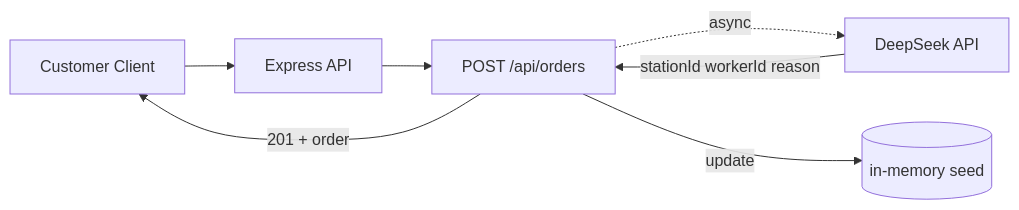
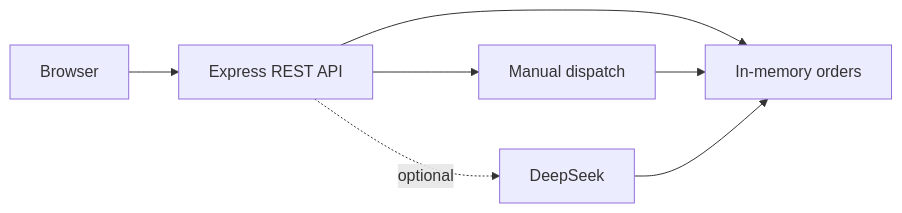
The diagram in README.md (zihanxu330/enterprise-dispatch-platform), drawn with Mermaid before and after one commit. The commit also changed other lines of this file and 5 other files, not shown here.

````diff
--- a/README.md
+++ b/README.md
@@ -47,9 +61,9 @@
 ```mermaid
 flowchart LR
-  C[Customer Client] --> API[Express API]
-  API --> O[POST /api/orders]
-  O -->|201 + order| C
-  O -.async.-> AI[DeepSeek API]
-  AI -->|stationId workerId reason| O
-  O -->|update| DB[(in-memory seed)]
+  U[Browser] --> API[Express REST API]
+  API --> O[In-memory orders]
+  API --> M[Manual dispatch]
+  API -. optional .-> L[DeepSeek]
+  M --> O
+  L --> O
 ```
````
